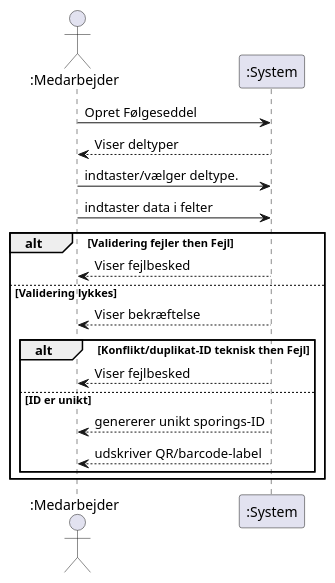
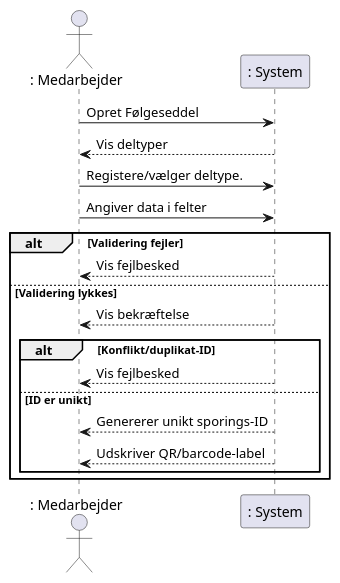
The diagram in uml_artifacts/uc1_ssd.puml (marsbo04/budweg), drawn with PlantUML before and after one commit.

Commit message:
Fixed grammar

```diff
--- a/uml_artifacts/uc1_ssd.puml
+++ b/uml_artifacts/uc1_ssd.puml
@@ -1,20 +1,20 @@
 @startuml SSD
-actor ":Medarbejder" as Medarbejder
-participant ":System" as System
+actor ": Medarbejder" as Medarbejder
+participant ": System" as System
 
 Medarbejder -> System: Opret Følgeseddel
-Medarbejder <-- System: Viser deltyper
-Medarbejder -> System: indtaster/vælger deltype.
-Medarbejder -> System: indtaster data i felter
-alt Validering fejler then Fejl
-    System --> Medarbejder: Viser fejlbesked
+Medarbejder <-- System: Vis deltyper
+Medarbejder -> System: Registere/vælger deltype.
+Medarbejder -> System: Angiver data i felter
+alt Validering fejler
+    System --> Medarbejder: Vis fejlbesked
 else Validering lykkes
-    System --> Medarbejder: Viser bekræftelse
-    alt Konflikt/duplikat-ID teknisk then Fejl
-        System --> Medarbejder: Viser fejlbesked
+    System --> Medarbejder: Vis bekræftelse
+    alt Konflikt/duplikat-ID
+        System --> Medarbejder: Vis fejlbesked
     else ID er unikt
-    System --> Medarbejder: genererer unikt sporings-ID
-    System --> Medarbejder:  udskriver QR/barcode-label
+    System --> Medarbejder: Genererer unikt sporings-ID
+    System --> Medarbejder: Udskriver QR/barcode-label
     end
 end
 @enduml
```
